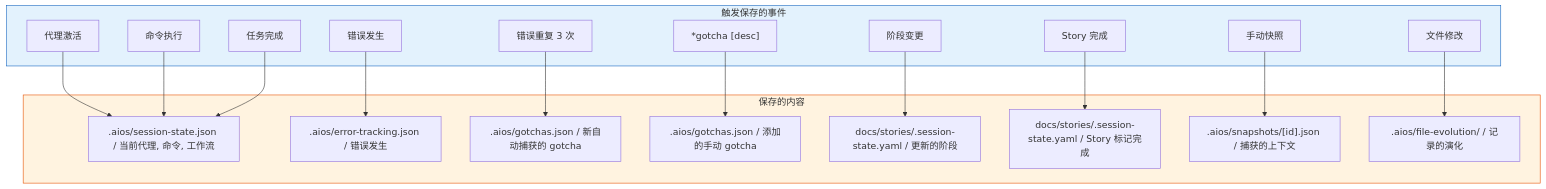
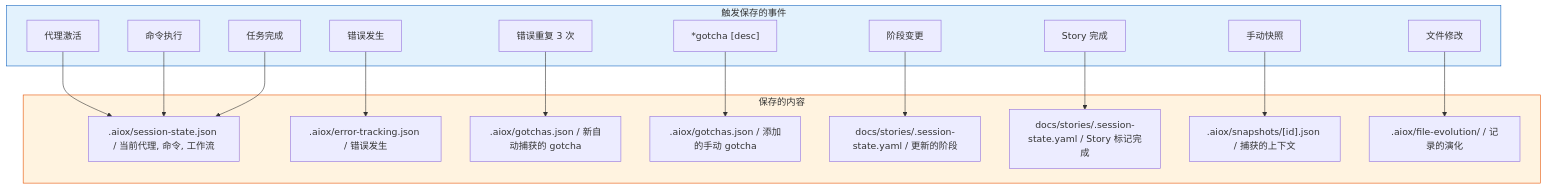
One commit to bychrisr/aios-docs changed the ninth of 18 diagrams in content/en/docs/zh/guides/MEMORY-SYSTEM.mdx. Above: the diagram before and after it, drawn with Mermaid. The commit also changed other lines of this file and 564 other files, not shown here.

````diff
--- a/content/en/docs/zh/guides/MEMORY-SYSTEM.mdx
+++ b/content/en/docs/zh/guides/MEMORY-SYSTEM.mdx
@@ -439,40 +439,40 @@
 ```mermaid
 flowchart TD
     subgraph TRIGGERS["触发保存的事件"]
         T1["代理激活"]
         T2["命令执行"]
         T3["任务完成"]
         T4["错误发生"]
         T5["错误重复 3 次"]
         T6["*gotcha [desc]"]
         T7["阶段变更"]
         T8["Story 完成"]
         T9["手动快照"]
         T10["文件修改"]
     end
 
     subgraph SAVES["保存的内容"]
-        S1[".aios/session-state.json / 当前代理, 命令, 工作流"]
-        S2[".aios/error-tracking.json / 错误发生"]
-        S3[".aios/gotchas.json / 新自动捕获的 gotcha"]
-        S4[".aios/gotchas.json / 添加的手动 gotcha"]
+        S1[".aiox/session-state.json / 当前代理, 命令, 工作流"]
+        S2[".aiox/error-tracking.json / 错误发生"]
+        S3[".aiox/gotchas.json / 新自动捕获的 gotcha"]
+        S4[".aiox/gotchas.json / 添加的手动 gotcha"]
         S5["docs/stories/.session-state.yaml / 更新的阶段"]
         S6["docs/stories/.session-state.yaml / Story 标记完成"]
-        S7[".aios/snapshots/[id].json / 捕获的上下文"]
-        S8[".aios/file-evolution/ / 记录的演化"]
+        S7[".aiox/snapshots/[id].json / 捕获的上下文"]
+        S8[".aiox/file-evolution/ / 记录的演化"]
     end
 
     T1 --> S1
     T2 --> S1
     T3 --> S1
     T4 --> S2
     T5 --> S3
     T6 --> S4
     T7 --> S5
     T8 --> S6
     T9 --> S7
     T10 --> S8
 
     style TRIGGERS fill:#E3F2FD,stroke:#1565C0
     style SAVES fill:#FFF3E0,stroke:#E65100
 ```
````
